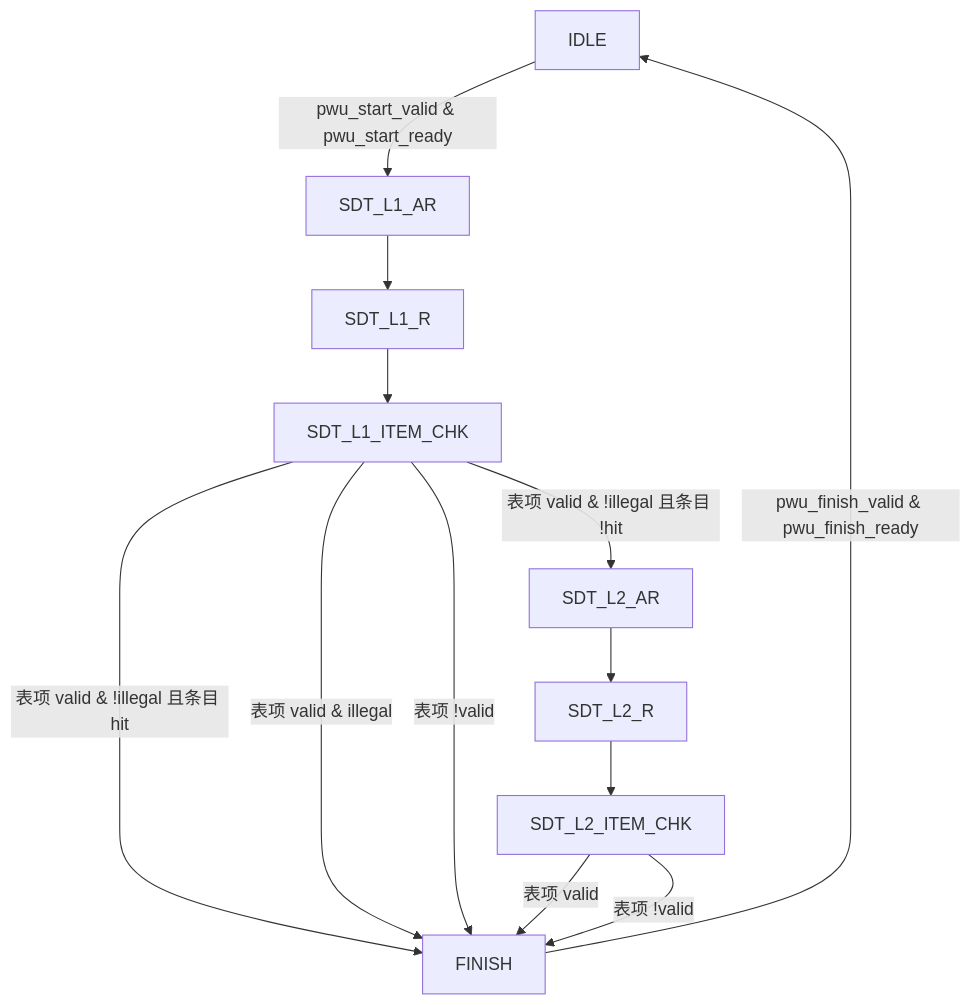
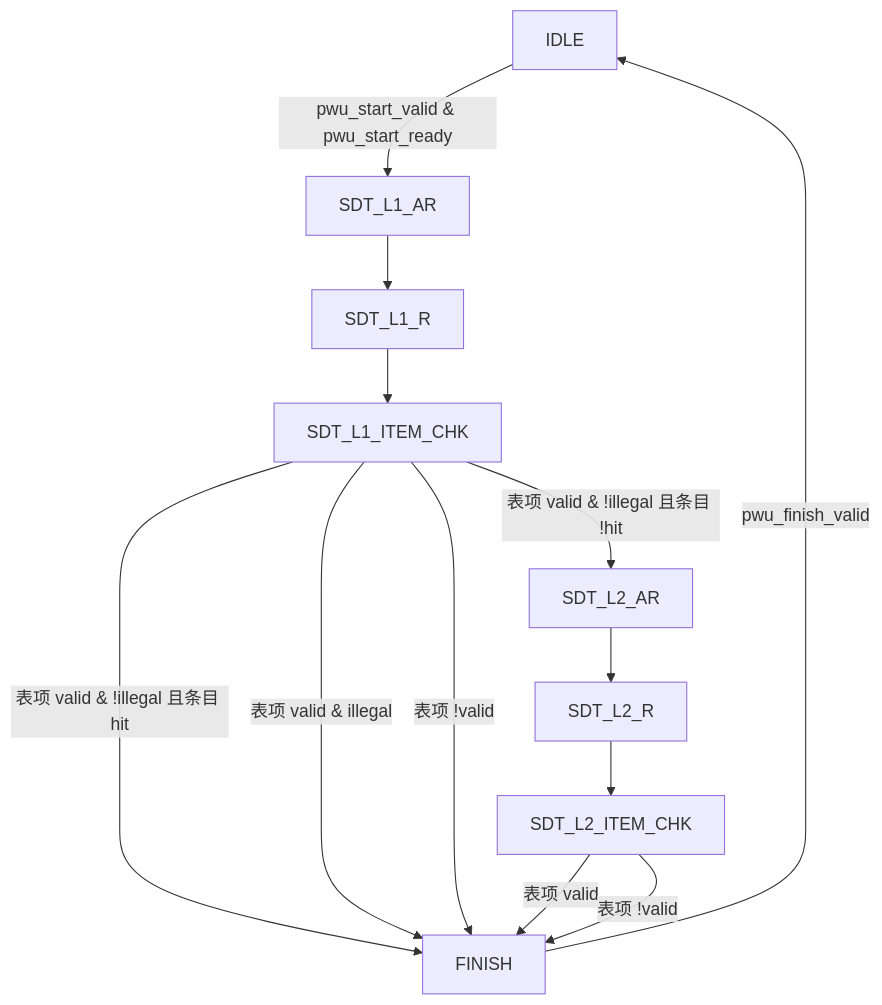
Before and after one commit to DuBirdFly/C1_SDecoder: the fifth of 8 diagrams in doc/design_plan/SDecoder 设计方案 v1.0.md, drawn with Mermaid. The commit also changed other lines of this file, not shown here.

First line of the commit message:
docs(design): SDPWU_CTRL 图去掉 SDMQ_CTRL, SDPWU 的 finish 改为单拍有效信号

````diff
--- a/doc/design_plan/SDecoder 设计方案 v1.0.md
+++ b/doc/design_plan/SDecoder 设计方案 v1.0.md
@@ -387,16 +373,16 @@
 ```mermaid
 flowchart TD
     IDLE
     IDLE -->|"pwu_start_valid & pwu_start_ready"| SDT_L1_AR
     SDT_L1_AR --> SDT_L1_R
     SDT_L1_R --> SDT_L1_ITEM_CHK
     SDT_L1_ITEM_CHK -->|"表项 valid & !illegal 且条目 !hit"| SDT_L2_AR
     SDT_L1_ITEM_CHK -->|"表项 valid & !illegal 且条目 hit"| FINISH
     SDT_L1_ITEM_CHK -->|"表项 valid & illegal"| FINISH
     SDT_L1_ITEM_CHK -->|"表项 !valid"| FINISH
     SDT_L2_AR --> SDT_L2_R
     SDT_L2_R --> SDT_L2_ITEM_CHK
     SDT_L2_ITEM_CHK -->|"表项 valid"| FINISH
     SDT_L2_ITEM_CHK -->|"表项 !valid"| FINISH
-    FINISH -->|"pwu_finish_valid & pwu_finish_ready"| IDLE
+    FINISH -->|"pwu_finish_valid"| IDLE
 ```
````
